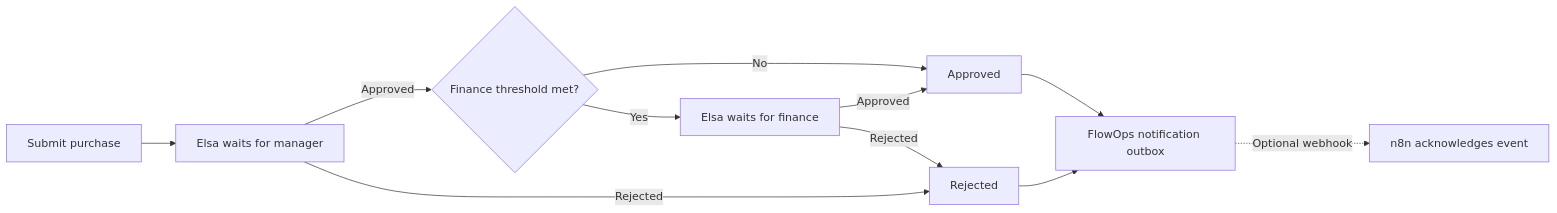
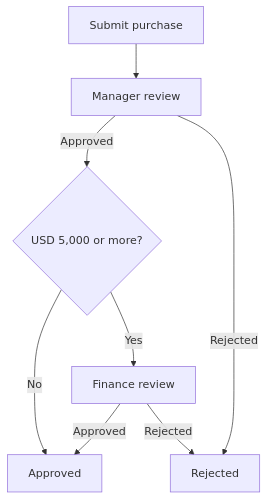
Before and after one commit to cevikburak1/flowops: the first of 4 diagrams in README.md, drawn with Mermaid. The commit also changed other lines of this file, not shown here.

Commit message:
Show Elsa and n8n workflow examples at the top of the README (#2)

````diff
--- a/README.md
+++ b/README.md
@@ -63,13 +27,10 @@
 ```mermaid
-flowchart LR
-    Submit["Submit purchase"] --> Manager["Elsa waits for manager"]
-    Manager -->|Approved| Check{"Finance threshold met?"}
+flowchart TD
+    Request["Submit purchase"] --> Manager["Manager review"]
+    Manager -->|Approved| Threshold{"USD 5,000 or more?"}
     Manager -->|Rejected| Rejected["Rejected"]
-    Check -->|No| Approved["Approved"]
-    Check -->|Yes| Finance["Elsa waits for finance"]
+    Threshold -->|No| Approved["Approved"]
+    Threshold -->|Yes| Finance["Finance review"]
     Finance -->|Approved| Approved
     Finance -->|Rejected| Rejected
-    Approved --> Outbox["FlowOps notification outbox"]
-    Rejected --> Outbox
-    Outbox -. Optional webhook .-> n8n["n8n acknowledges event"]
 ```
````
